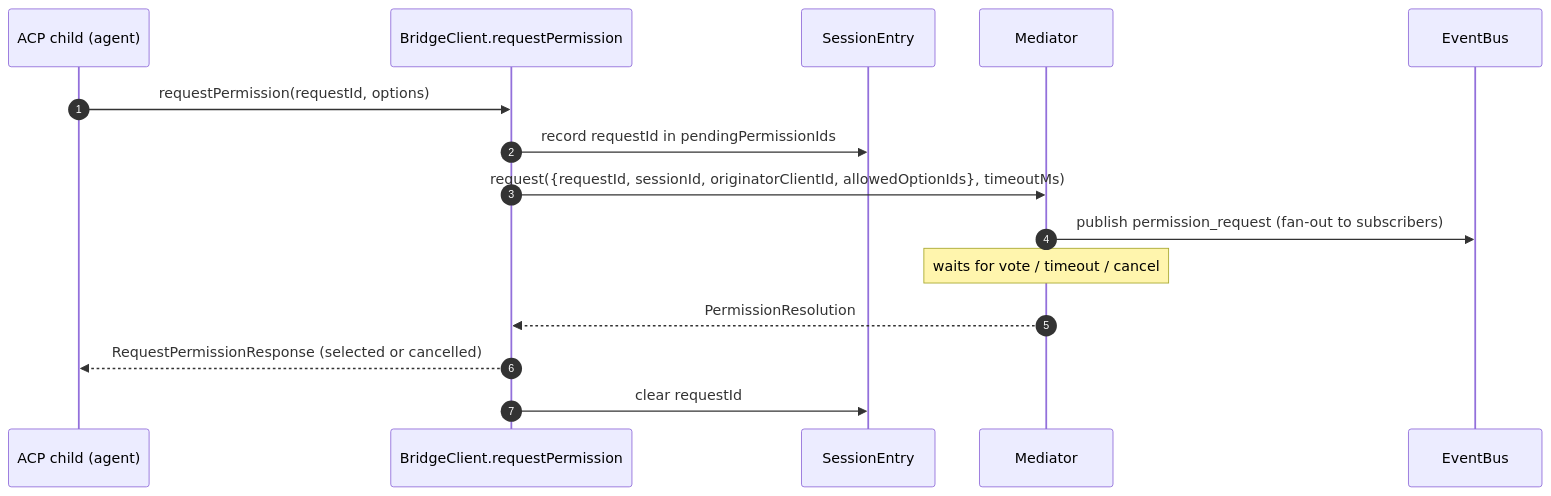
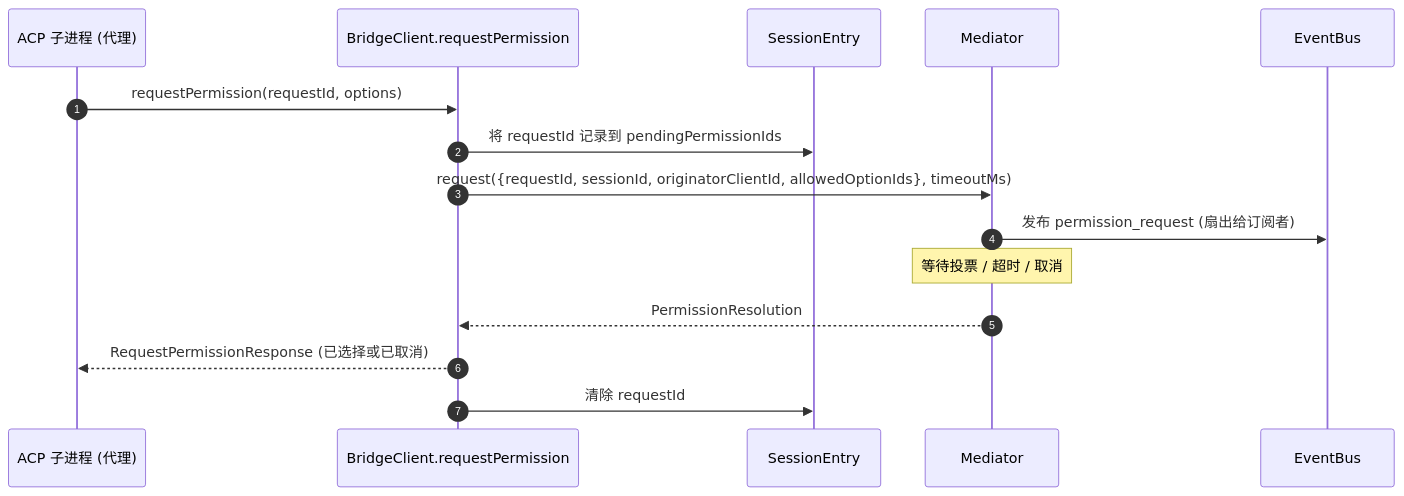
One commit to QwenLM/qwen-code-docs changed the third of 4 diagrams in website/content/zh/developers/daemon/03-acp-bridge.md. Above: the diagram before and after it, drawn with Mermaid. The commit also changed other lines of this file and 1077 other files, not shown here.

````diff
--- a/website/content/zh/developers/daemon/03-acp-bridge.md
+++ b/website/content/zh/developers/daemon/03-acp-bridge.md
@@ -122,18 +122,18 @@
 ```mermaid
 sequenceDiagram
     autonumber
-    participant ACP as ACP child (agent)
+    participant ACP as ACP 子进程 (代理)
     participant BC as BridgeClient.requestPermission
     participant E as SessionEntry
     participant M as Mediator
     participant EB as EventBus
 
     ACP->>BC: requestPermission(requestId, options)
-    BC->>E: record requestId in pendingPermissionIds
+    BC->>E: 将 requestId 记录到 pendingPermissionIds
     BC->>M: request({requestId, sessionId, originatorClientId, allowedOptionIds}, timeoutMs)
-    M->>EB: publish permission_request (fan-out to subscribers)
-    Note over M: waits for vote / timeout / cancel
+    M->>EB: 发布 permission_request (扇出给订阅者)
+    Note over M: 等待投票 / 超时 / 取消
     M-->>BC: PermissionResolution
-    BC-->>ACP: RequestPermissionResponse (selected or cancelled)
-    BC->>E: clear requestId
+    BC-->>ACP: RequestPermissionResponse (已选择或已取消)
+    BC->>E: 清除 requestId
 ```
````
